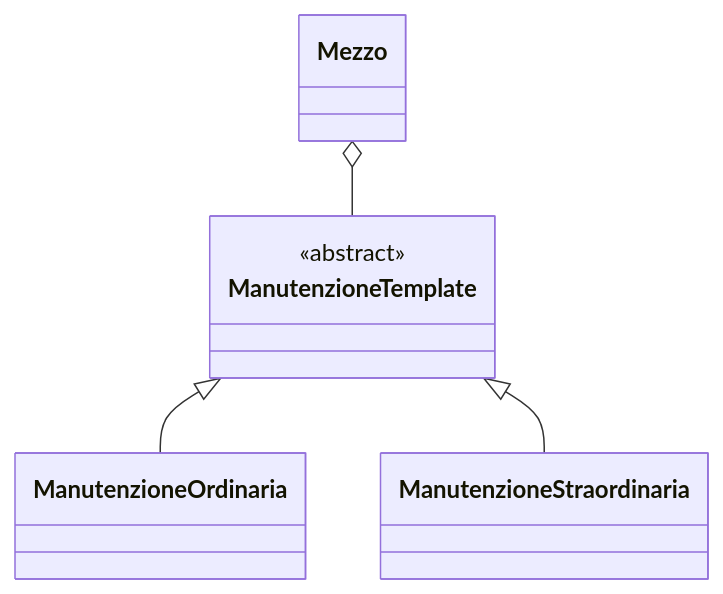
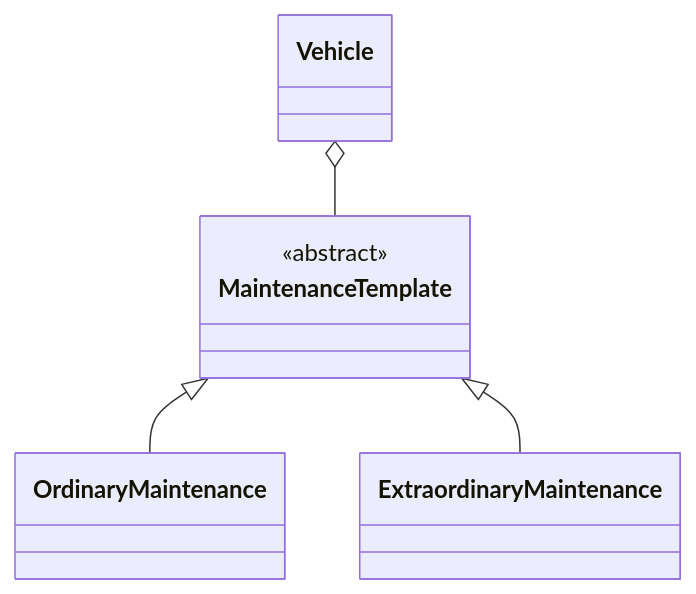
One commit to Alex-Cambrini/pss24-25-WasteMaster-Cambrini-Ferrari-Ragazzini changed the eighth of 8 diagrams in README.md. Above: the diagram before and after it, drawn with Mermaid. The commit also changed other lines of this file, not shown here.

````diff
--- a/README.md
+++ b/README.md
@@ -255,13 +256,13 @@
 ```mermaid
 classDiagram
-    class ManutenzioneTemplate {
+    class MaintenanceTemplate {
         <<abstract>>
     }
-    class ManutenzioneOrdinaria
-    class ManutenzioneStraordinaria
-    class Mezzo
+    class OrdinaryMaintenance
+    class ExtraordinaryMaintenance
+    class Vehicle
 
-    ManutenzioneTemplate <|-- ManutenzioneOrdinaria
-    ManutenzioneTemplate <|-- ManutenzioneStraordinaria
-    Mezzo o-- ManutenzioneTemplate
+    MaintenanceTemplate <|-- OrdinaryMaintenance
+    MaintenanceTemplate <|-- ExtraordinaryMaintenance
+    Vehicle o-- MaintenanceTemplate
 ```
````
